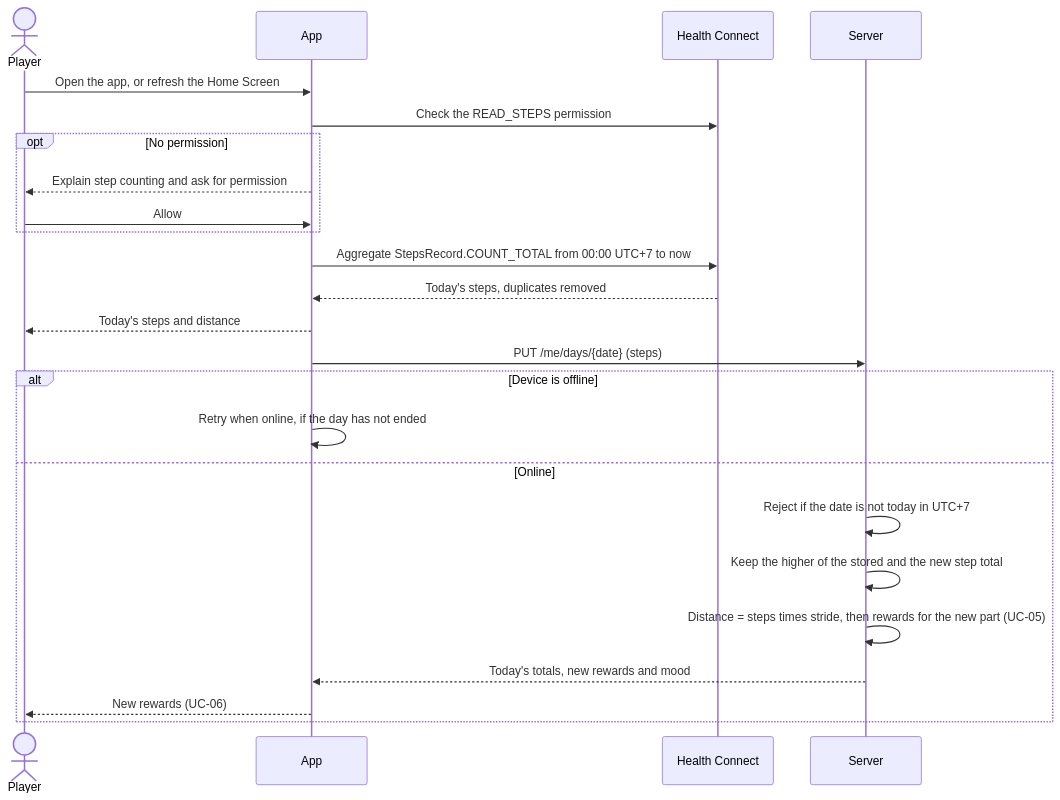
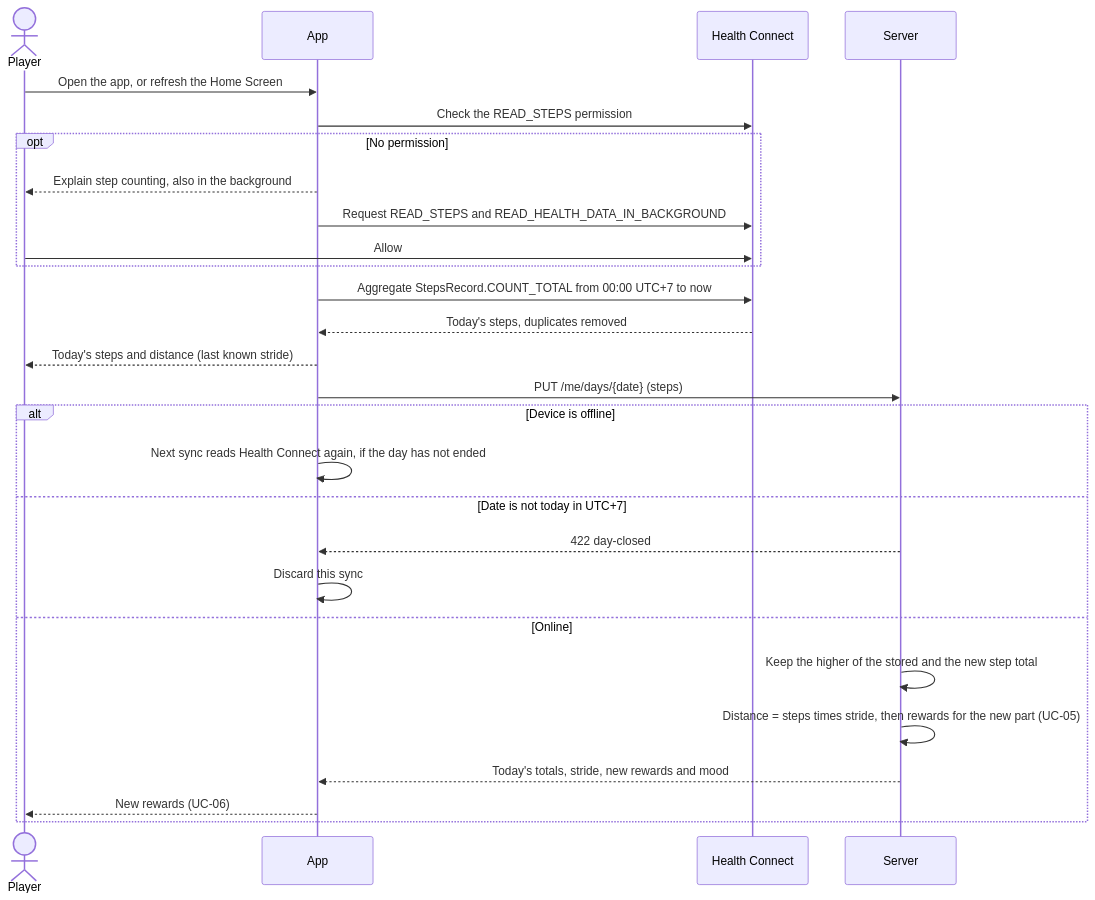
Before and after one commit to zhangs-tech/runtomo: the first of 2 diagrams in docs/usecases/UC-03-sync-daily-activity.md, drawn with Mermaid. The commit also changed other lines of this file, not shown here.

Commit message:
docs(usecases): enhance UC-03 by clarifying triggers and exception flows

````diff
--- a/docs/usecases/UC-03-sync-daily-activity.md
+++ b/docs/usecases/UC-03-sync-daily-activity.md
@@ -64,27 +68,30 @@
 ```mermaid
 sequenceDiagram
     actor P as Player
     participant A as App
     participant H as Health Connect
     participant S as Server
 
     P->>A: Open the app, or refresh the Home Screen
     A->>H: Check the READ_STEPS permission
     opt No permission
-        A-->>P: Explain step counting and ask for permission
-        P->>A: Allow
+        A-->>P: Explain step counting, also in the background
+        A->>H: Request READ_STEPS and READ_HEALTH_DATA_IN_BACKGROUND
+        P->>H: Allow
     end
     A->>H: Aggregate StepsRecord.COUNT_TOTAL from 00:00 UTC+7 to now
     H-->>A: Today's steps, duplicates removed
-    A-->>P: Today's steps and distance
+    A-->>P: Today's steps and distance (last known stride)
     A->>S: PUT /me/days/{date} (steps)
     alt Device is offline
-        A->>A: Retry when online, if the day has not ended
+        A->>A: Next sync reads Health Connect again, if the day has not ended
+    else Date is not today in UTC+7
+        S-->>A: 422 day-closed
+        A->>A: Discard this sync
     else Online
-        S->>S: Reject if the date is not today in UTC+7
         S->>S: Keep the higher of the stored and the new step total
         S->>S: Distance = steps times stride, then rewards for the new part (UC-05)
-        S-->>A: Today's totals, new rewards and mood
+        S-->>A: Today's totals, stride, new rewards and mood
         A-->>P: New rewards (UC-06)
     end
 ```
````
